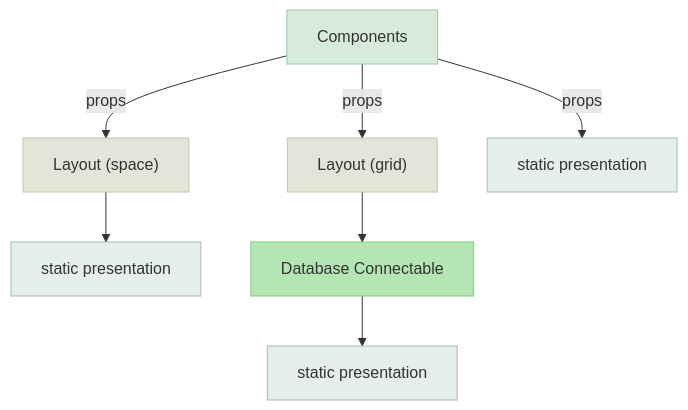
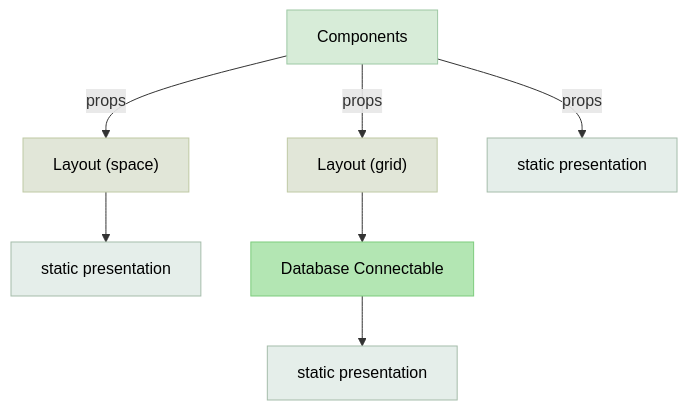
The diagram in mockup/3.2_Components_Hierarchy.md (LyHoaNam/di-ds), drawn with Mermaid before and after one commit. The commit also changed other lines of this file and 1 other file, not shown here.

Commit message:
chore: update mockup

````diff
--- a/mockup/3.2_Components_Hierarchy.md
+++ b/mockup/3.2_Components_Hierarchy.md
@@ -7,27 +11,27 @@
 ```mermaid
 flowchart TD
     Components["Components"]
     LayoutSpace["Layout (space)"]
     LayoutGrid["Layout (grid)"]
     Static1["static presentation"]
     Static2["static presentation"]
     Static3["static presentation"]
     Database["Database Connectable"]
 
     Components -- "props" --> LayoutSpace
     Components -- "props" --> LayoutGrid
     Components -- "props" --> Static1
 
     LayoutSpace --> Static2
     LayoutGrid --> Database
 
     Database --> Static3
 
-    style Components fill:#d7ecd8,stroke:#9dc8a4
-    style LayoutSpace fill:#e1e6d8,stroke:#bfc9a4
-    style LayoutGrid fill:#e1e6d8,stroke:#bfc9a4
-    style Database fill:#b3e6b3,stroke:#7dcc7d
-    style Static1 fill:#e5eeea,stroke:#a5bcaa
-    style Static2 fill:#e5eeea,stroke:#a5bcaa
-    style Static3 fill:#e5eeea,stroke:#a5bcaa
+    style Components fill:#d7ecd8,stroke:#9dc8a4,color:#000000
+    style LayoutSpace fill:#e1e6d8,stroke:#bfc9a4,color:#000000
+    style LayoutGrid fill:#e1e6d8,stroke:#bfc9a4,color:#000000
+    style Database fill:#b3e6b3,stroke:#7dcc7d,color:#000000
+    style Static1 fill:#e5eeea,stroke:#a5bcaa,color:#000000
+    style Static2 fill:#e5eeea,stroke:#a5bcaa,color:#000000
+    style Static3 fill:#e5eeea,stroke:#a5bcaa,color:#000000
 ```
````
